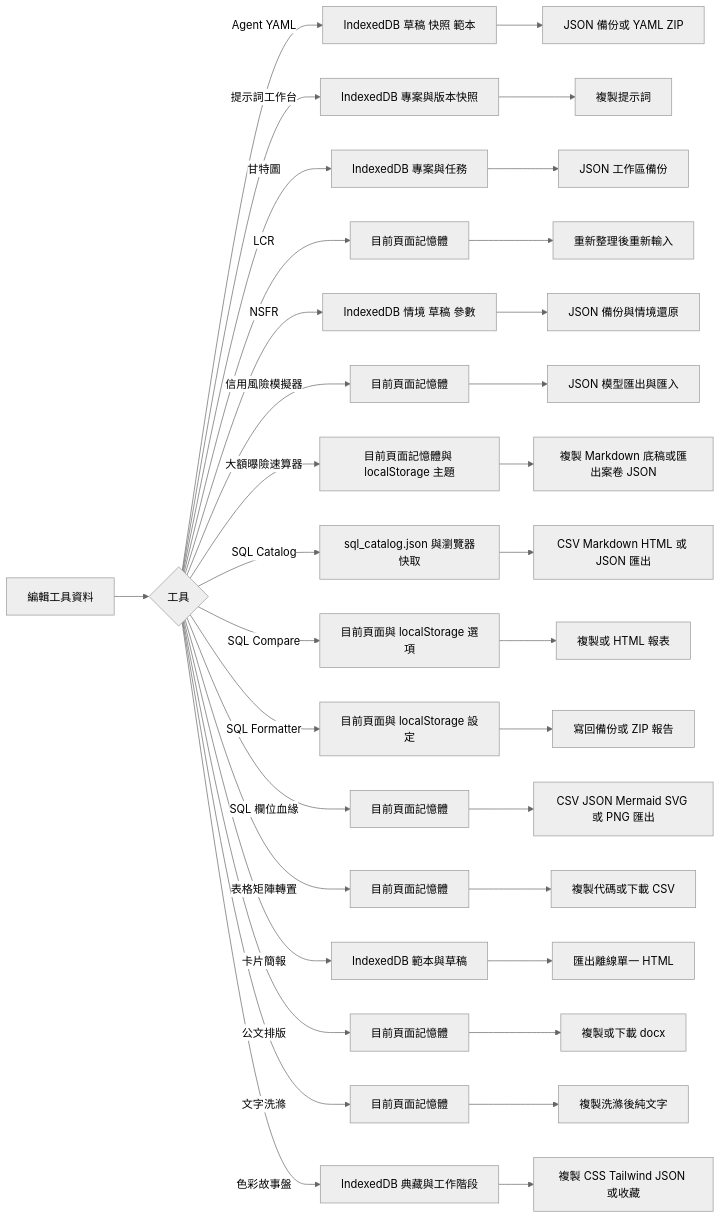
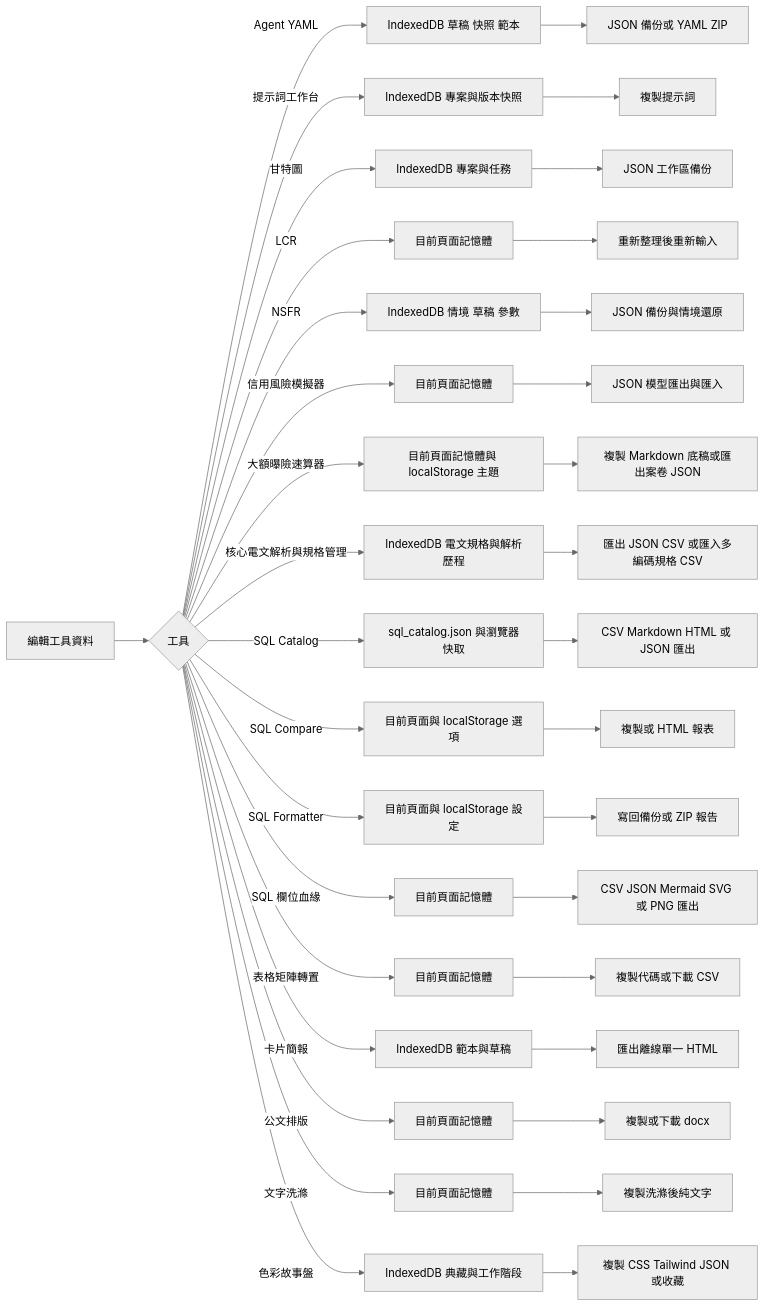
Before and after one commit to DunkLiao/my-spa-tools: diagram 19 of 19 in README.md, drawn with Mermaid (neutral theme). The commit also changed other lines of this file and 4 other files, not shown here.

````diff
--- a/README.md
+++ b/README.md
@@ -862,36 +969,38 @@
 ```mermaid
 flowchart LR
     A[編輯工具資料] --> B{工具}
     B -->|Agent YAML| C[IndexedDB 草稿 快照 範本]
     B -->|提示詞工作台| AE[IndexedDB 專案與版本快照]
     B -->|甘特圖| D[IndexedDB 專案與任務]
     B -->|LCR| E[目前頁面記憶體]
     B -->|NSFR| K[IndexedDB 情境 草稿 參數]
     B -->|信用風險模擬器| U[目前頁面記憶體]
     B -->|大額曝險速算器| AK[目前頁面記憶體與 localStorage 主題]
+    B -->|核心電文解析與規格管理| AT[IndexedDB 電文規格與解析歷程]
     B -->|SQL Catalog| I[sql_catalog.json 與瀏覽器快取]
     B -->|SQL Compare| M[目前頁面與 localStorage 選項]
     B -->|SQL Formatter| N[目前頁面與 localStorage 設定]
     B -->|SQL 欄位血緣| R[目前頁面記憶體]
     B -->|表格矩陣轉置| AG[目前頁面記憶體]
     B -->|卡片簡報| W[IndexedDB 範本與草稿]
     B -->|公文排版| Y[目前頁面記憶體]
     B -->|文字洗滌| AC[目前頁面記憶體]
     B -->|色彩故事盤| AA[IndexedDB 典藏與工作階段]
     C --> F[JSON 備份或 YAML ZIP]
     D --> G[JSON 工作區備份]
     E --> H[重新整理後重新輸入]
     K --> L[JSON 備份與情境還原]
     U --> V[JSON 模型匯出與匯入]
     AK --> AN[複製 Markdown 底稿或匯出案卷 JSON]
+    AT --> AY[匯出 JSON CSV 或匯入多編碼規格 CSV]
     I --> J[CSV Markdown HTML 或 JSON 匯出]
     M --> O[複製或 HTML 報表]
     N --> P[寫回備份或 ZIP 報告]
     R --> S[CSV JSON Mermaid SVG 或 PNG 匯出]
     AG --> AH[複製代碼或下載 CSV]
     W --> X[匯出離線單一 HTML]
     Y --> Z[複製或下載 docx]
     AC --> AD[複製洗滌後純文字]
     AA --> AB[複製 CSS Tailwind JSON 或收藏]
     AE --> AF[複製提示詞]
 ```
````
